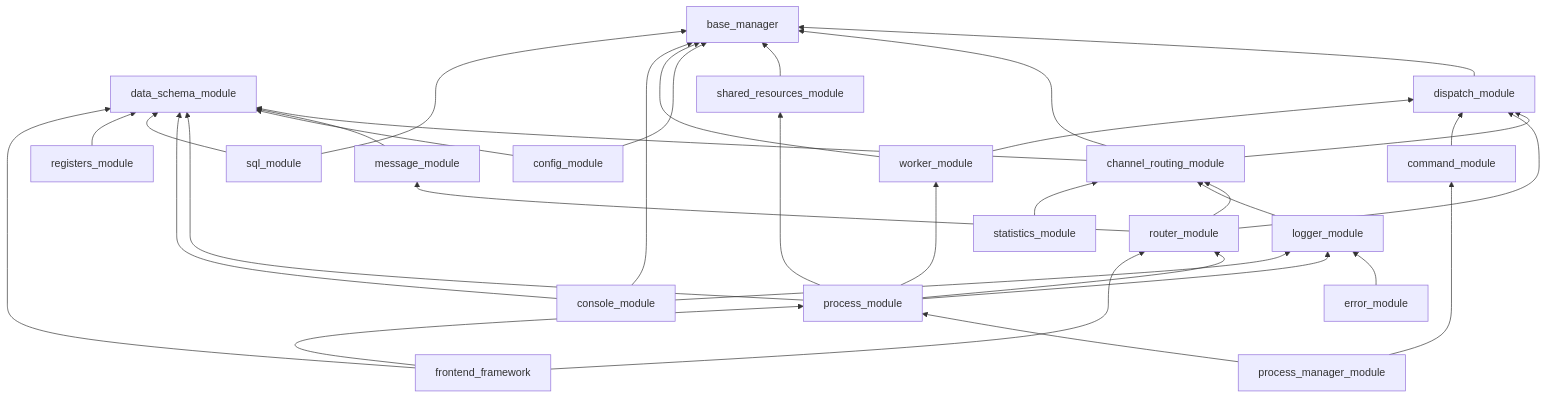
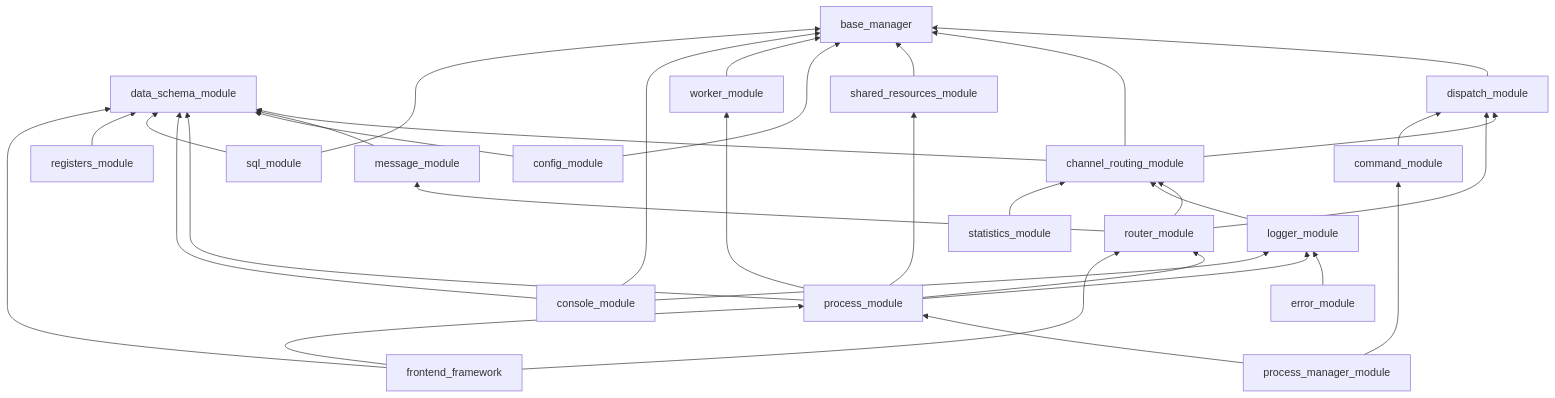
Before and after one commit to TWOKRAI/Inspector_bottles: the diagram in Inspector_prototype/multiprocess_framework/ARCHITECTURE.md, drawn with Mermaid. The commit also changed other lines of this file and 30 other files, not shown here.

First line of the commit message:
Add architectural review for refactored modules

````diff
--- a/Inspector_prototype/multiprocess_framework/ARCHITECTURE.md
+++ b/Inspector_prototype/multiprocess_framework/ARCHITECTURE.md
@@ -65,66 +65,65 @@
 ```mermaid
 graph BT
     base[base_manager]
     schema[data_schema_module]
     dispatch[dispatch_module]
     crm[channel_routing_module]
     message[message_module]
     router[router_module]
     logger[logger_module]
     error[error_module]
     stats[statistics_module]
     srm[shared_resources_module]
     config[config_module]
     command[command_module]
     worker[worker_module]
     process[process_module]
     pmgr[process_manager_module]
     console[console_module]
     sql[sql_module]
     registers[registers_module]
     frontend[frontend_framework]
 
     dispatch --> base
     crm --> base
     crm --> schema
     crm --> dispatch
 
     message --> schema
     router --> crm
     router --> message
     router --> dispatch
 
     logger --> crm
     error --> logger
     stats --> crm
 
     srm --> base
     config --> base
     config --> schema
 
     command --> dispatch
     worker --> base
-    worker --> dispatch
 
     process --> worker
     process --> router
     process --> logger
     process --> srm
     process --> schema
 
     pmgr --> process
     pmgr --> command
 
     console --> base
     console --> schema
     console --> logger
 
     sql --> base
     sql --> schema
 
     registers --> schema
 
     frontend --> process
     frontend --> router
     frontend --> schema
 ```
````
